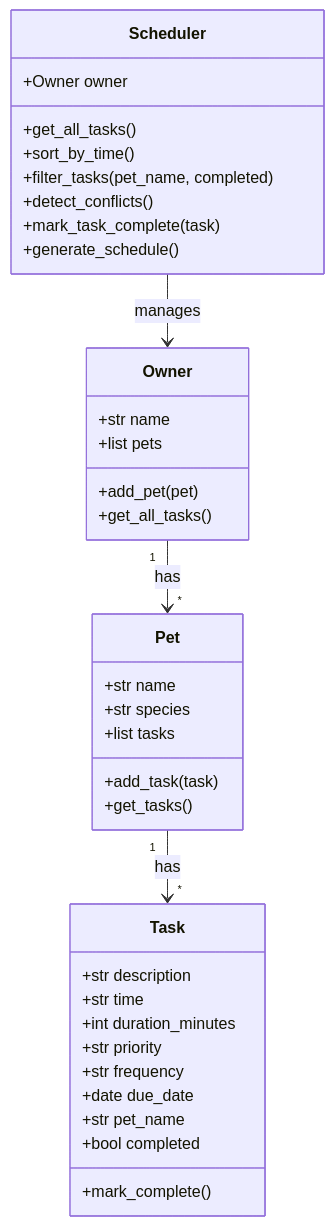
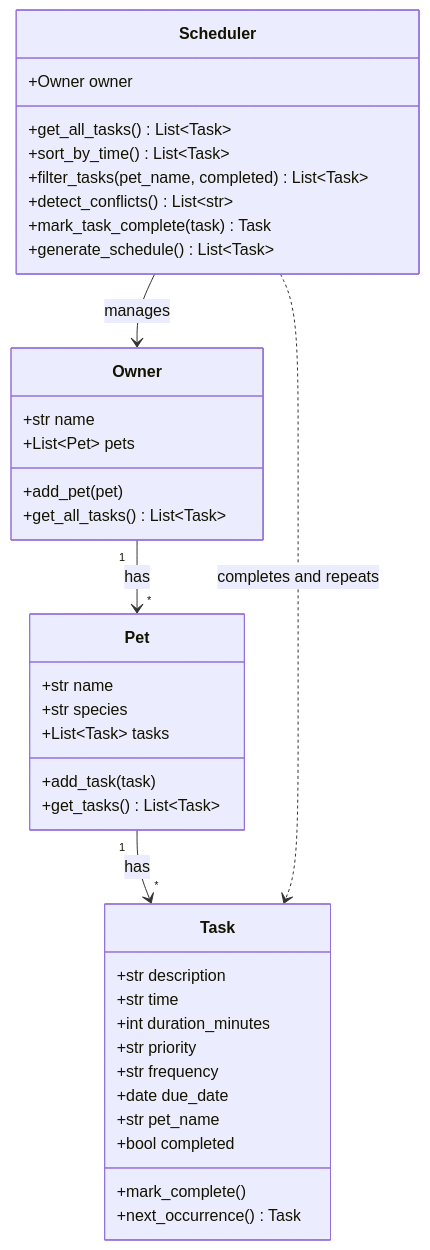
One commit to YourAznGurl/ai110-module2show-pawpal-starter changed the diagram in diagrams/uml.mmd. Above: the diagram before and after it, drawn with Mermaid. The commit also changed 6 other files, not shown here.

```diff
--- a/diagrams/uml.mmd
+++ b/diagrams/uml.mmd
@@ -1,37 +1,39 @@
 classDiagram
     class Task {
         +str description
         +str time
         +int duration_minutes
         +str priority
         +str frequency
         +date due_date
         +str pet_name
         +bool completed
         +mark_complete()
+        +next_occurrence() Task
     }
     class Pet {
         +str name
         +str species
-        +list tasks
+        +List~Task~ tasks
         +add_task(task)
-        +get_tasks()
+        +get_tasks() List~Task~
     }
     class Owner {
         +str name
-        +list pets
+        +List~Pet~ pets
         +add_pet(pet)
-        +get_all_tasks()
+        +get_all_tasks() List~Task~
     }
     class Scheduler {
         +Owner owner
-        +get_all_tasks()
-        +sort_by_time()
-        +filter_tasks(pet_name, completed)
-        +detect_conflicts()
-        +mark_task_complete(task)
-        +generate_schedule()
+        +get_all_tasks() List~Task~
+        +sort_by_time() List~Task~
+        +filter_tasks(pet_name, completed) List~Task~
+        +detect_conflicts() List~str~
+        +mark_task_complete(task) Task
+        +generate_schedule() List~Task~
     }
     Owner "1" --> "*" Pet : has
     Pet "1" --> "*" Task : has
     Scheduler --> Owner : manages
+    Scheduler ..> Task : completes and repeats
```
